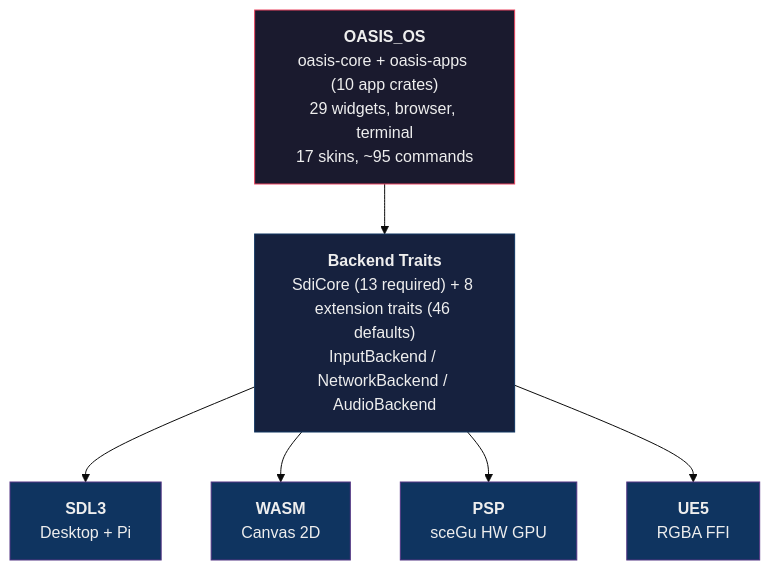
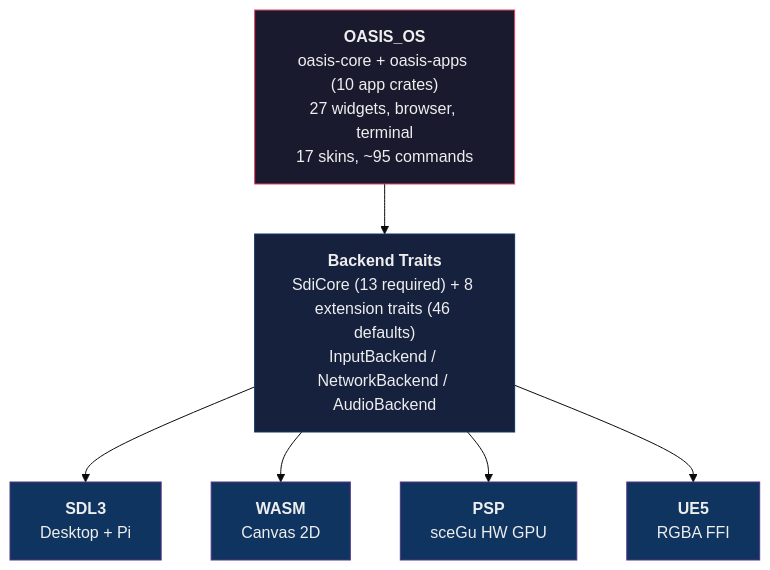
One commit to AndrewAltimit/oasis-os changed the diagram in README.md. Above: the diagram before and after it, drawn with Mermaid (base theme). The commit also changed other lines of this file and 24 other files, not shown here.

First line of the commit message:
oasis-ui: fix tiny-rect and scroll bugs, ellipsize overflowing text, prune dead widgets, split focus

````diff
--- a/README.md
+++ b/README.md
@@ -91,23 +91,23 @@
 ```mermaid
 graph TD
-    APP["<b>OASIS_OS</b><br/>oasis-core + oasis-apps (10 app crates)<br/>29 widgets, browser, terminal<br/>17 skins, ~95 commands"]
+    APP["<b>OASIS_OS</b><br/>oasis-core + oasis-apps (10 app crates)<br/>27 widgets, browser, terminal<br/>17 skins, ~95 commands"]
     TRAITS["<b>Backend Traits</b><br/>SdiCore (13 required) + 8 extension traits (46 defaults)<br/>InputBackend / NetworkBackend / AudioBackend"]
 
     SDL["<b>SDL3</b><br/>Desktop + Pi"]
     WASM["<b>WASM</b><br/>Canvas 2D"]
     PSP["<b>PSP</b><br/>sceGu HW GPU"]
     UE5["<b>UE5</b><br/>RGBA FFI"]
 
     APP --> TRAITS
     TRAITS --> SDL
     TRAITS --> WASM
     TRAITS --> PSP
     TRAITS --> UE5
 
     style APP fill:#1a1a2e,stroke:#e94560,color:#eee
     style TRAITS fill:#16213e,stroke:#0f3460,color:#eee
     style SDL fill:#0f3460,stroke:#533483,color:#eee
     style WASM fill:#0f3460,stroke:#533483,color:#eee
     style PSP fill:#0f3460,stroke:#533483,color:#eee
     style UE5 fill:#0f3460,stroke:#533483,color:#eee
 ```
````
